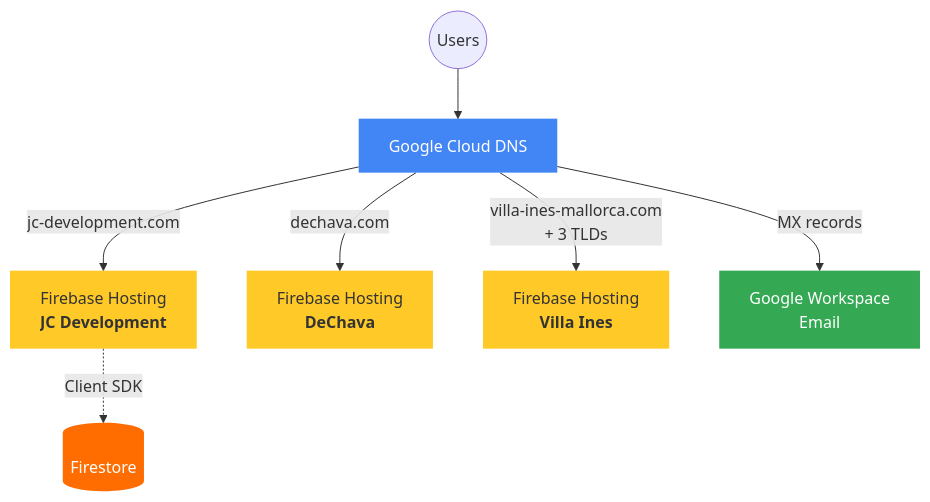
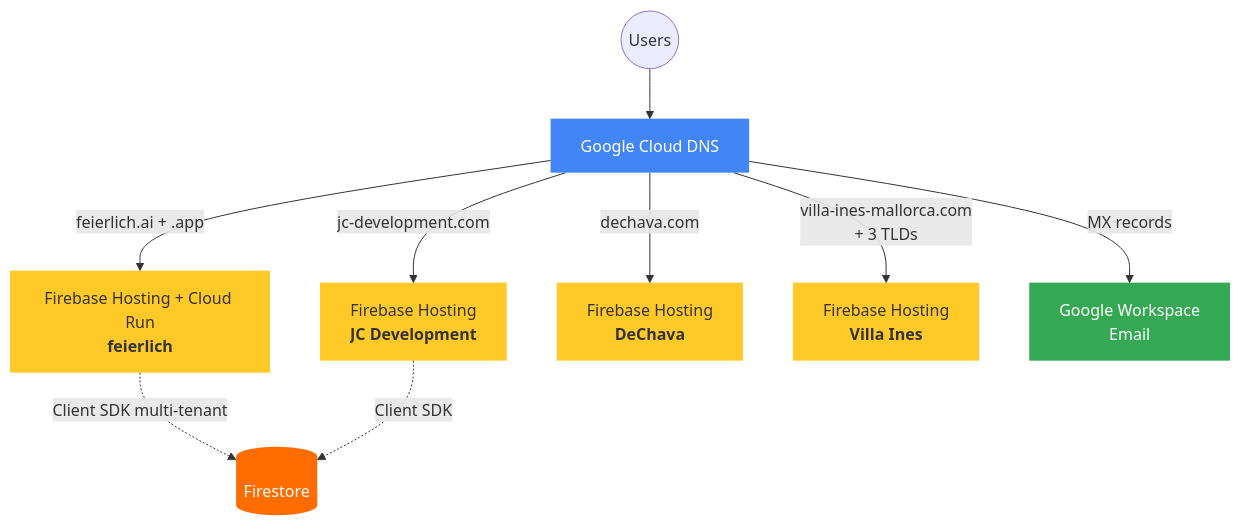
One commit to jcriecken/OpenClawBrain changed the second of 2 diagrams in docs/20-Projects.md. Above: the diagram before and after it, drawn with Mermaid. The commit also changed other lines of this file and 3 other files, not shown here.

````diff
--- a/docs/20-Projects.md
+++ b/docs/20-Projects.md
@@ -268,18 +291,21 @@
 ```mermaid
 graph TD
     Users((Users)) --> DNS["Google Cloud DNS"]
 
+    DNS -->|"feierlich.ai + .app"| FB0["Firebase Hosting + Cloud Run<br/><b>feierlich</b>"]
     DNS -->|"jc-development.com"| FB1["Firebase Hosting<br/><b>JC Development</b>"]
     DNS -->|"dechava.com"| FB2["Firebase Hosting<br/><b>DeChava</b>"]
     DNS -->|"villa-ines-mallorca.com<br/>+ 3 TLDs"| FB3["Firebase Hosting<br/><b>Villa Ines</b>"]
     DNS -->|"MX records"| GW["Google Workspace<br/>Email"]
 
-    FB1 -.->|"Client SDK"| FS[(Firestore)]
+    FB0 -.->|"Client SDK multi-tenant"| FS[(Firestore)]
+    FB1 -.->|"Client SDK"| FS
 
     style DNS fill:#4285F4,color:#fff,stroke:none
+    style FB0 fill:#FFCA28,color:#333,stroke:none
     style FB1 fill:#FFCA28,color:#333,stroke:none
     style FB2 fill:#FFCA28,color:#333,stroke:none
     style FB3 fill:#FFCA28,color:#333,stroke:none
     style FS fill:#FF6D00,color:#fff,stroke:none
     style GW fill:#34A853,color:#fff,stroke:none
 ```
````
